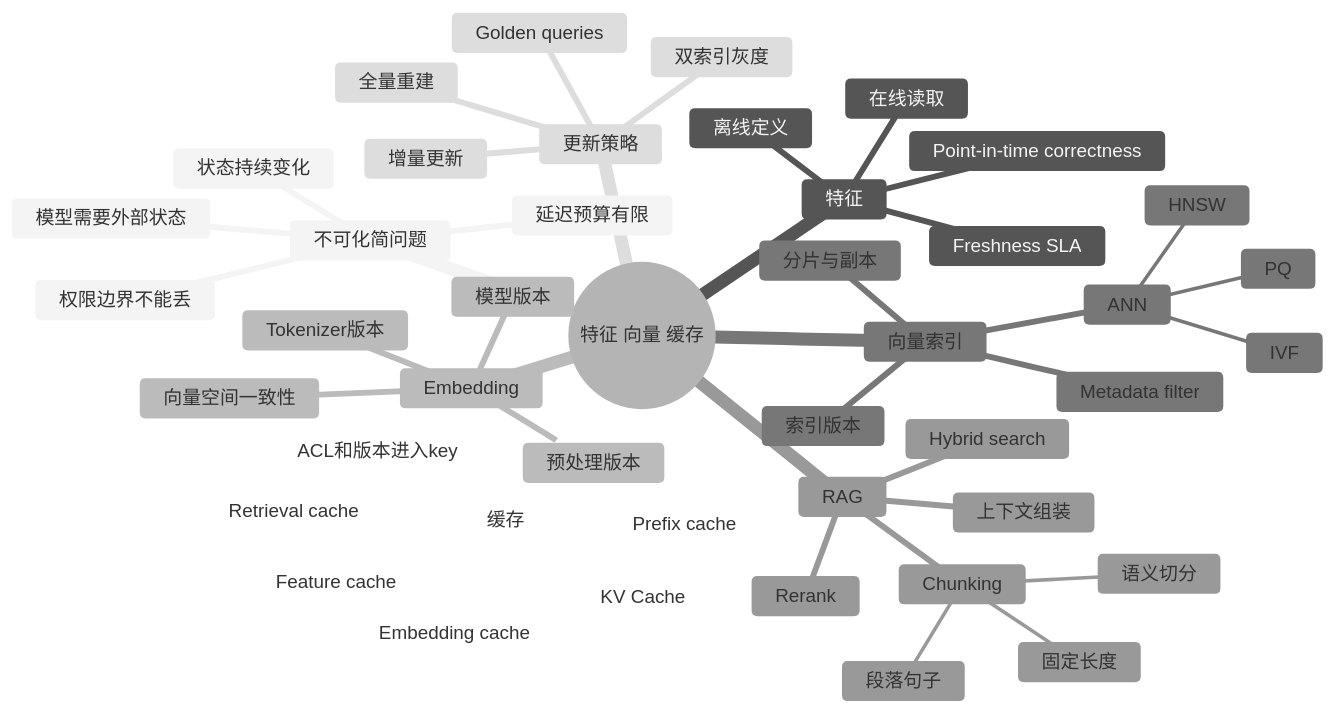
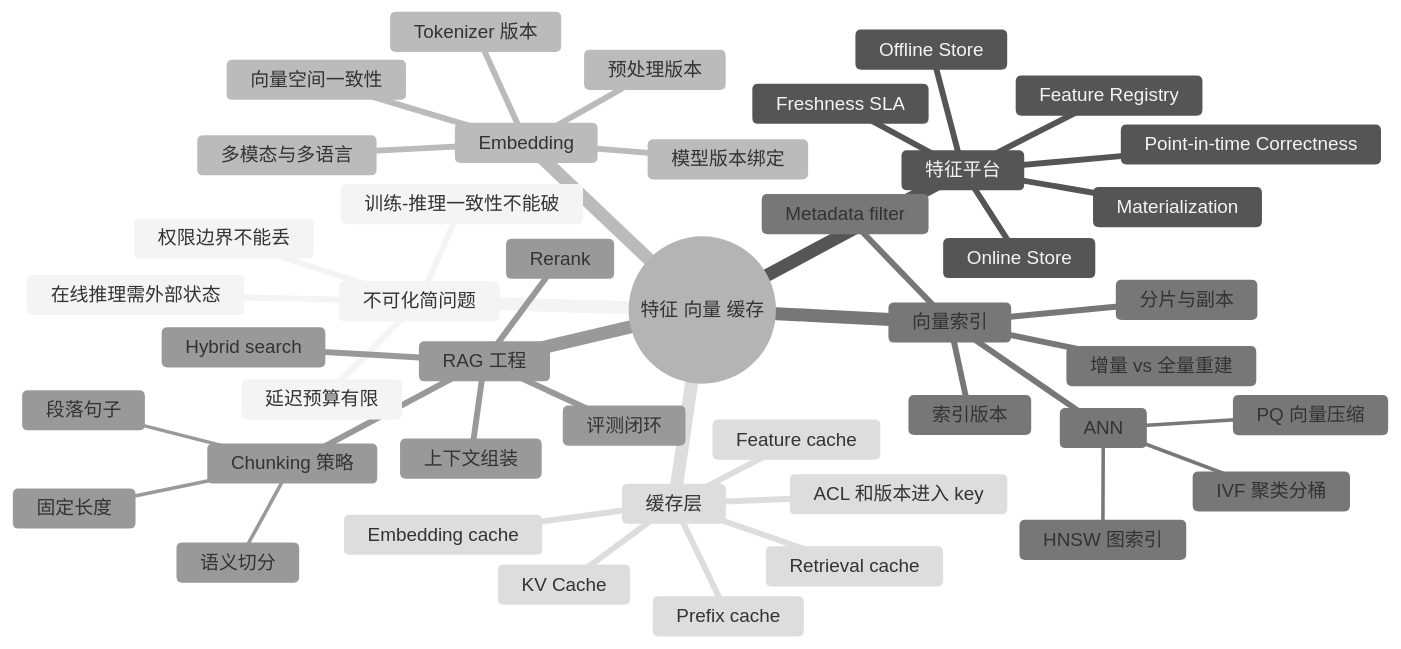
The first of 2 diagrams in ai-infra-tutorial/part4-data-and-storage/13-feature-vector-and-cache.md (qxhy123/learn), drawn with Mermaid (neutral theme) before and after one commit. The commit also changed other lines of this file and 35 other files, not shown here.

````diff
--- a/ai-infra-tutorial/part4-data-and-storage/13-feature-vector-and-cache.md
+++ b/ai-infra-tutorial/part4-data-and-storage/13-feature-vector-and-cache.md
@@ -31,47 +39,47 @@
 ```mermaid
 mindmap
   root((特征 向量 缓存))
     不可化简问题
-      模型需要外部状态
-      状态持续变化
+      在线推理需外部状态
+      训练-推理一致性不能破
       延迟预算有限
       权限边界不能丢
-    特征
-      离线定义
-      在线读取
-      Point-in-time correctness
+    特征平台
+      Feature Registry
+      Offline Store
+      Online Store
+      Point-in-time Correctness
       Freshness SLA
+      Materialization
     Embedding
-      模型版本
-      Tokenizer版本
+      模型版本绑定
+      Tokenizer 版本
       预处理版本
       向量空间一致性
+      多模态与多语言
     向量索引
       ANN
-        HNSW
-        IVF
-        PQ
+        HNSW 图索引
+        IVF 聚类分桶
+        PQ 向量压缩
       Metadata filter
       分片与副本
       索引版本
-    RAG
-      Chunking
+      增量 vs 全量重建
+    RAG 工程
+      Chunking 策略
         固定长度
         段落句子
         语义切分
       Hybrid search
       Rerank
       上下文组装
-    更新策略
-      增量更新
-      全量重建
-      双索引灰度
-      Golden queries
-    缓存
+      评测闭环
+    缓存层
       Feature cache
       Embedding cache
       Retrieval cache
       Prefix cache
       KV Cache
-      ACL和版本进入key
+      ACL 和版本进入 key
 ```
````
